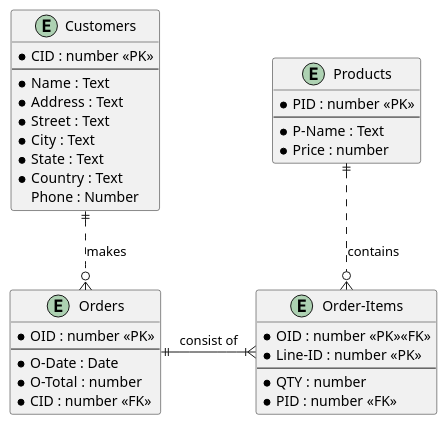
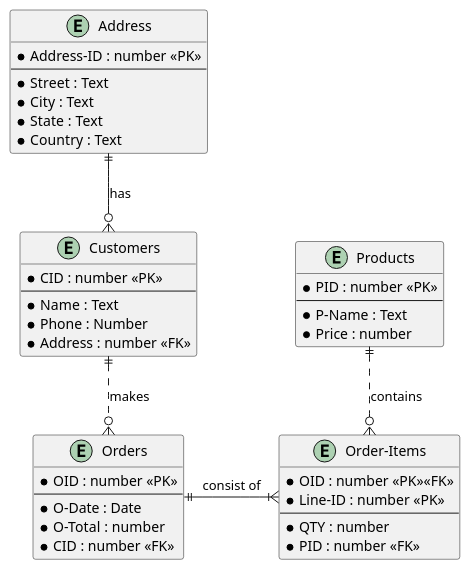
One commit to TuomasLattila/Data-Intensive-Systems-Assignment-3 changed the diagram in entity-relationship_diagram.puml. Above: the diagram before and after it, drawn with PlantUML. The commit also changed 2 other files, not shown here.

Commit message:
updated er, wide-column schemas

```diff
--- a/entity-relationship_diagram.puml
+++ b/entity-relationship_diagram.puml
@@ -1,44 +1,50 @@
 @startuml ER-diagram
 
 entity "Customers" as C {
     * CID : number <<PK>>
     --
     * Name : Text
-    * Address : Text
+    * Phone : Number
+    * Address : number <<FK>>
+}
+
+entity "Address" as A {
+    * Address-ID : number <<PK>>
+    --
     * Street : Text
     * City : Text
     * State : Text
     * Country : Text
-    Phone : Number
 }
 
 entity "Orders" as O {
     *OID : number <<PK>>
     --
     * O-Date : Date
     * O-Total : number
     * CID : number <<FK>>
 }
 
 entity "Order-Items" as OI {
     * OID : number <<PK>><<FK>>
     * Line-ID : number <<PK>>
     --
     * QTY : number
     * PID : number <<FK>>
 }
 
 entity "Products" as P {
     * PID : number <<PK>>
     --
     * P-Name : Text
     * Price : number
 }
 
 
 
+A ||--o{ C : has
 C ||..o{ O : makes
 O ||-r-|{ OI : consist of
 OI }o.u.|| P : contains
 
 @enduml
```
